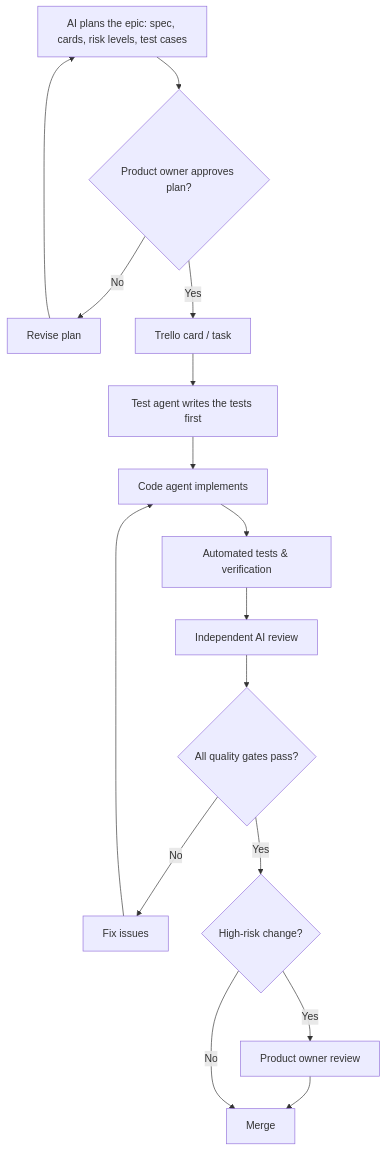
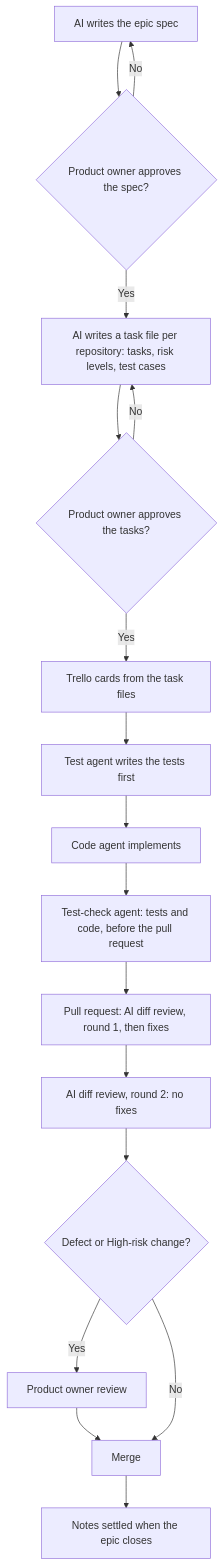
One commit to huynguyennang-agilityio/tripmate-docs changed the third of 3 diagrams in product-workflow.md. Above: the diagram before and after it, drawn with Mermaid. The commit also changed other lines of this file and 3 other files, not shown here.

First line of the commit message:
Task files per repository and two review rounds: development-flow v2.0, workflow v2.12

````diff
--- a/product-workflow.md
+++ b/product-workflow.md
@@ -207,14 +209,17 @@
 ```mermaid
 flowchart TD
-    P[AI plans the epic: spec, cards, risk levels, test cases] --> C{Product owner approves plan?}
-    C -->|No| D[Revise plan] --> P
-    C -->|Yes| A[Trello card / task]
+    P[AI writes the epic spec] --> C{Product owner approves the spec?}
+    C -->|No| P
+    C -->|Yes| T[AI writes a task file per repository: tasks, risk levels, test cases]
+    T --> TA{Product owner approves the tasks?}
+    TA -->|No| T
+    TA -->|Yes| A[Trello cards from the task files]
     A --> B[Test agent writes the tests first]
-    B --> E[Code agent implements] --> F[Automated tests & verification]
-    F --> G[Independent AI review]
-    G --> I{All quality gates pass?}
-    I -->|No| J[Fix issues] --> E
-    I -->|Yes| K{High-risk change?}
-    K -->|Yes| H[Product owner review] --> L[Merge]
-    K -->|No| L
+    B --> E[Code agent implements] --> F[Test-check agent: tests and code, before the pull request]
+    F --> G[Pull request: AI diff review, round 1, then fixes]
+    G --> R2[AI diff review, round 2: no fixes]
+    R2 --> I{Defect or High-risk change?}
+    I -->|Yes| H[Product owner review] --> L[Merge]
+    I -->|No| L
+    L --> N[Notes settled when the epic closes]
 ```
````
